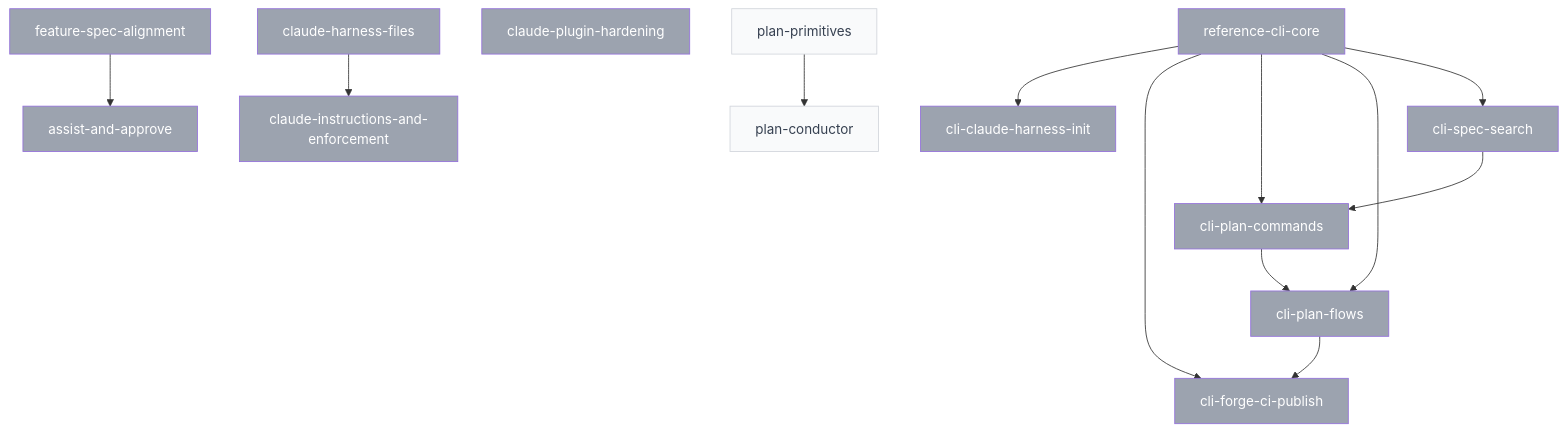
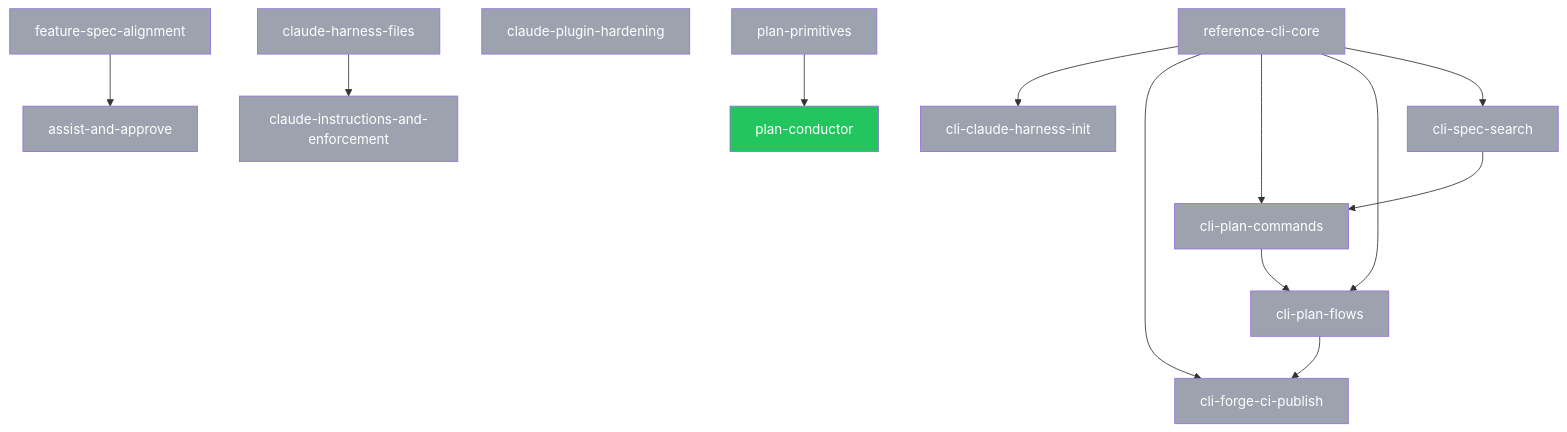
One commit to SpiralSky/specplane changed the diagram in plans/PLANS.md. Above: the diagram before and after it, drawn with Mermaid. The commit also changed other lines of this file and 1 other file, not shown here.

Commit message:
docs(2026-10-30-plan-conductor): approve plan
Specplane-Workflow: approve
Specplane-Agent: claude-code
Specplane-Session: a3da7f03-a3b1-404b-8caf-867aac6b2121

````diff
--- a/plans/PLANS.md
+++ b/plans/PLANS.md
@@ -30,34 +30,34 @@
 ```mermaid
 graph TD
     p_2026_10_28_reference_cli_core[reference-cli-core]:::done
     p_2026_10_29_assist_and_approve[assist-and-approve]:::done
     p_2026_10_29_claude_harness_files[claude-harness-files]:::done
     p_2026_10_29_claude_instructions_and_enforcement[claude-instructions-and-enforcement]:::done
     p_2026_10_29_claude_plugin_hardening[claude-plugin-hardening]:::done
     p_2026_10_29_cli_claude_harness_init[cli-claude-harness-init]:::done
     p_2026_10_29_cli_forge_ci_publish[cli-forge-ci-publish]:::done
     p_2026_10_29_cli_plan_commands[cli-plan-commands]:::done
     p_2026_10_29_cli_plan_flows[cli-plan-flows]:::done
     p_2026_10_29_cli_spec_search[cli-spec-search]:::done
     p_2026_10_29_feature_spec_alignment[feature-spec-alignment]:::done
-    p_2026_10_30_plan_conductor[plan-conductor]:::draft
-    p_2026_10_30_plan_primitives[plan-primitives]:::draft
+    p_2026_10_30_plan_conductor[plan-conductor]:::ready
+    p_2026_10_30_plan_primitives[plan-primitives]:::done
     p_2026_10_29_feature_spec_alignment --> p_2026_10_29_assist_and_approve
     p_2026_10_29_claude_harness_files --> p_2026_10_29_claude_instructions_and_enforcement
     p_2026_10_28_reference_cli_core --> p_2026_10_29_cli_claude_harness_init
     p_2026_10_28_reference_cli_core --> p_2026_10_29_cli_forge_ci_publish
     p_2026_10_29_cli_plan_flows --> p_2026_10_29_cli_forge_ci_publish
     p_2026_10_28_reference_cli_core --> p_2026_10_29_cli_plan_commands
     p_2026_10_29_cli_spec_search --> p_2026_10_29_cli_plan_commands
     p_2026_10_28_reference_cli_core --> p_2026_10_29_cli_plan_flows
     p_2026_10_29_cli_plan_commands --> p_2026_10_29_cli_plan_flows
     p_2026_10_28_reference_cli_core --> p_2026_10_29_cli_spec_search
     p_2026_10_30_plan_primitives --> p_2026_10_30_plan_conductor
     classDef draft fill:#f9fafb,color:#374151,stroke:#d1d5db
     classDef ready fill:#22c55e,color:#fff
     classDef blocked fill:#ef4444,color:#fff
     classDef in_progress fill:#3b82f6,color:#fff
     classDef review fill:#60a5fa,color:#fff
     classDef done fill:#9ca3af,color:#fff
     classDef abandoned fill:#9ca3af,color:#fff,text-decoration:line-through
 ```
````
